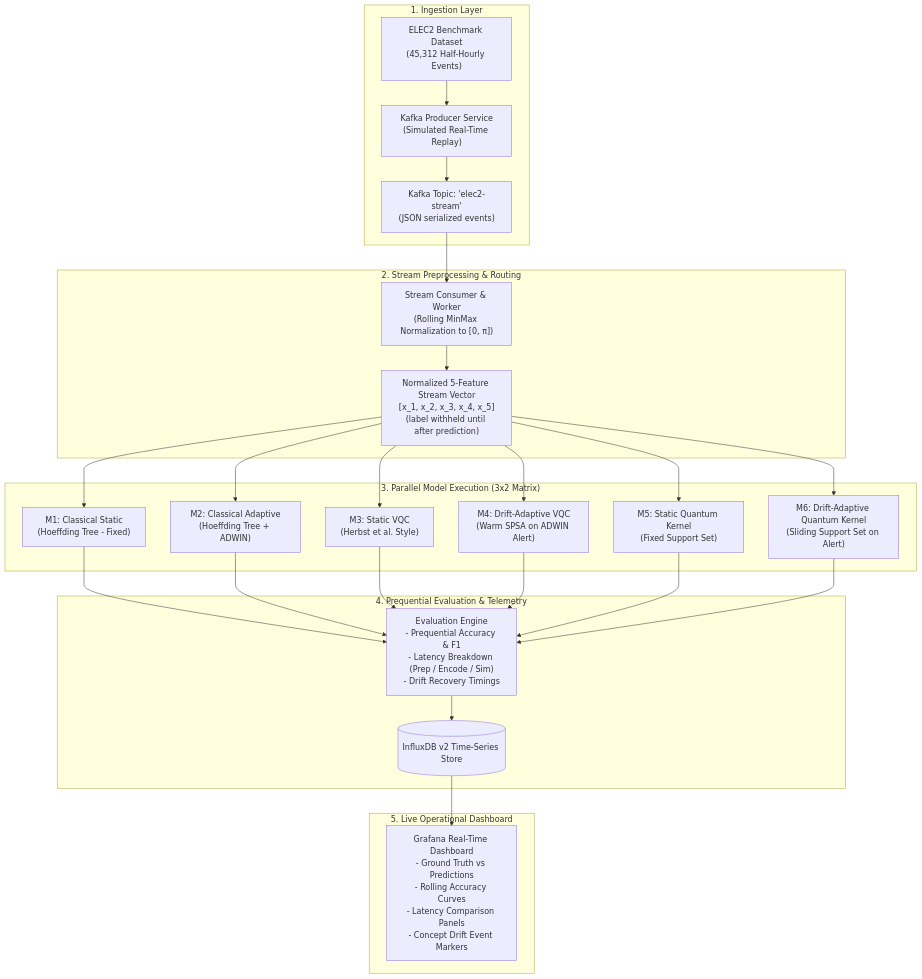
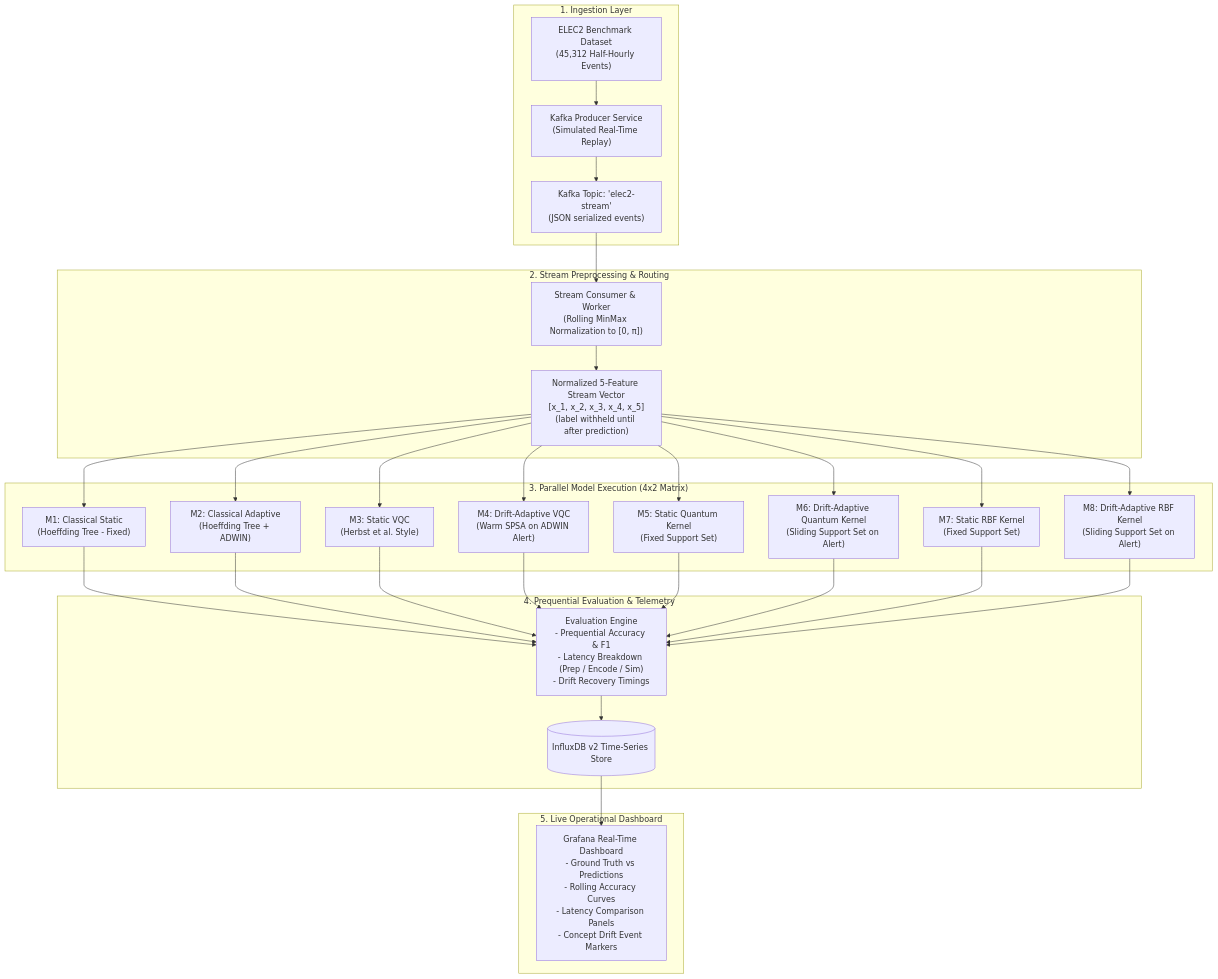
The first of 2 diagrams in PLAN.md (Stranger542/Qompare), drawn with Mermaid before and after one commit. The commit also changed other lines of this file and 12 other files, not shown here.

````diff
--- a/PLAN.md
+++ b/PLAN.md
@@ -21,32 +21,35 @@
 ```mermaid
 flowchart TD
     subgraph Ingestion["1. Ingestion Layer"]
         DS["ELEC2 Benchmark Dataset<br/>(45,312 Half-Hourly Events)"] --> KP["Kafka Producer Service<br/>(Simulated Real-Time Replay)"]
         KP --> KT["Kafka Topic: 'elec2-stream'<br/>(JSON serialized events)"]
     end
 
     subgraph Processing["2. Stream Preprocessing & Routing"]
         KT --> SW["Stream Consumer & Worker<br/>(Rolling MinMax Normalization to [0, π])"]
         SW --> STREAM["Normalized 5-Feature Stream Vector<br/>[x_1, x_2, x_3, x_4, x_5]<br/>(label withheld until after prediction)"]
     end
 
-    subgraph Inference["3. Parallel Model Execution (3x2 Matrix)"]
+    subgraph Inference["3. Parallel Model Execution (4x2 Matrix)"]
         STREAM --> C1["M1: Classical Static<br/>(Hoeffding Tree - Fixed)"]
         STREAM --> C2["M2: Classical Adaptive<br/>(Hoeffding Tree + ADWIN)"]
         
         STREAM --> Q1["M3: Static VQC<br/>(Herbst et al. Style)"]
         STREAM --> Q2["M4: Drift-Adaptive VQC<br/>(Warm SPSA on ADWIN Alert)"]
         
         STREAM --> K1["M5: Static Quantum Kernel<br/>(Fixed Support Set)"]
         STREAM --> K2["M6: Drift-Adaptive Quantum Kernel<br/>(Sliding Support Set on Alert)"]
+
+        STREAM --> R1["M7: Static RBF Kernel<br/>(Fixed Support Set)"]
+        STREAM --> R2["M8: Drift-Adaptive RBF Kernel<br/>(Sliding Support Set on Alert)"]
     end
 
     subgraph Metrics["4. Prequential Evaluation & Telemetry"]
-        C1 & C2 & Q1 & Q2 & K1 & K2 --> EVAL["Evaluation Engine<br/>- Prequential Accuracy & F1<br/>- Latency Breakdown (Prep / Encode / Sim)<br/>- Drift Recovery Timings"]
+        C1 & C2 & Q1 & Q2 & K1 & K2 & R1 & R2 --> EVAL["Evaluation Engine<br/>- Prequential Accuracy & F1<br/>- Latency Breakdown (Prep / Encode / Sim)<br/>- Drift Recovery Timings"]
         EVAL --> INFLUX[("InfluxDB v2 Time-Series Store")]
     end
 
     subgraph Monitoring["5. Live Operational Dashboard"]
         INFLUX --> GRAFANA["Grafana Real-Time Dashboard<br/>- Ground Truth vs Predictions<br/>- Rolling Accuracy Curves<br/>- Latency Comparison Panels<br/>- Concept Drift Event Markers"]
     end
 ```
````
